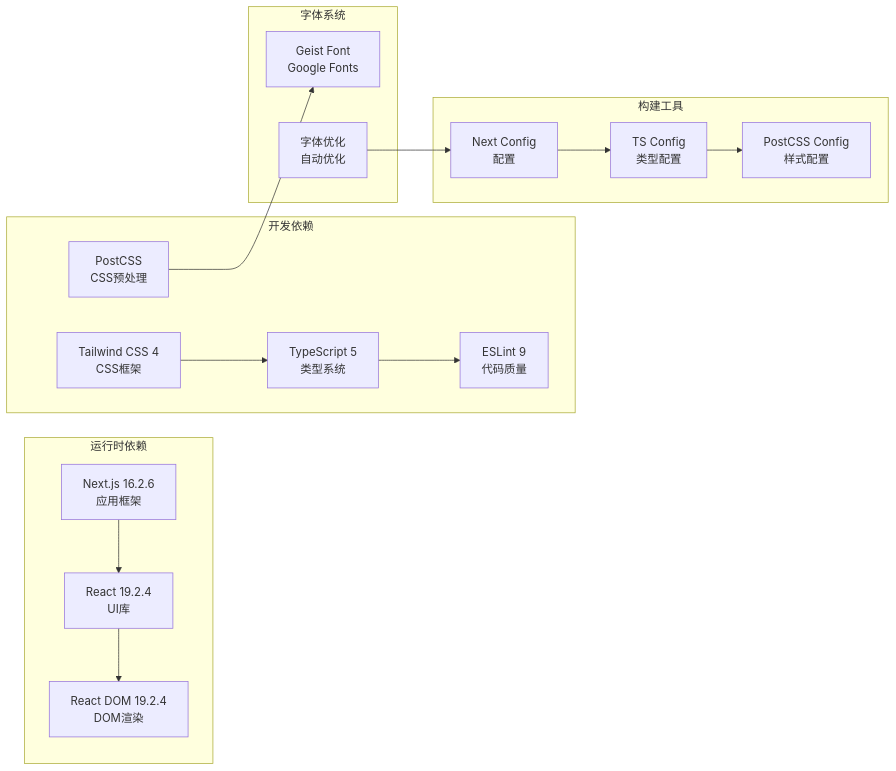
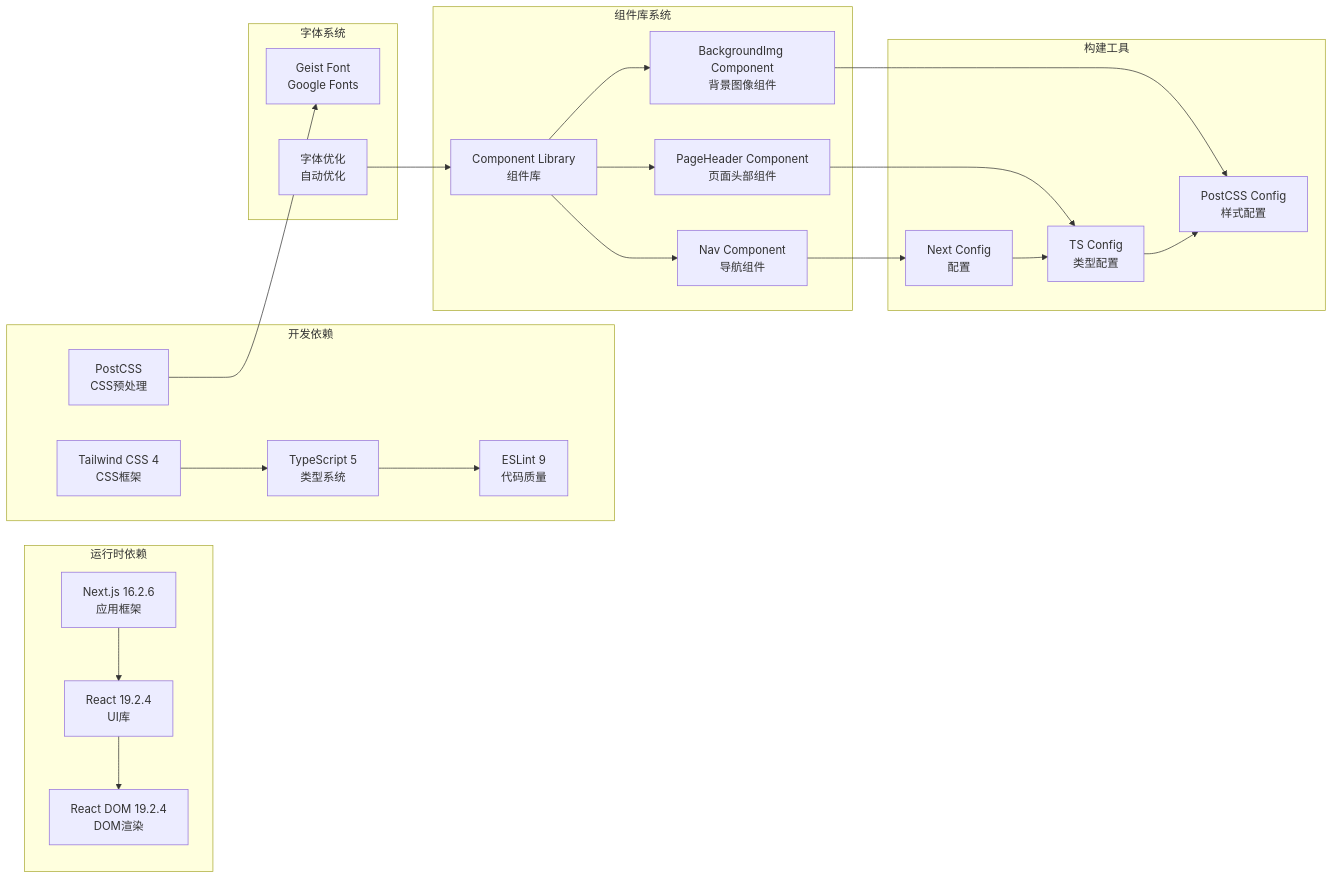
Before and after one commit to caoLei1997/Blog: the fifth of 6 diagrams in .qoder/repowiki/zh/content/项目架构/核心组件详解/核心组件详解.md, drawn with Mermaid. The commit also changed other lines of this file and 27 other files, not shown here.

````diff
--- a/.qoder/repowiki/zh/content/项目架构/核心组件详解/核心组件详解.md
+++ b/.qoder/repowiki/zh/content/项目架构/核心组件详解/核心组件详解.md
@@ -278,31 +383,43 @@
 ```mermaid
 graph LR
 subgraph "运行时依赖"
 A[Next.js 16.2.6<br/>应用框架]
 B[React 19.2.4<br/>UI库]
 C[React DOM 19.2.4<br/>DOM渲染]
 end
 subgraph "开发依赖"
 D[Tailwind CSS 4<br/>CSS框架]
 E[TypeScript 5<br/>类型系统]
 F[ESLint 9<br/>代码质量]
 G[PostCSS<br/>CSS预处理]
 end
 subgraph "字体系统"
 H[Geist Font<br/>Google Fonts]
 I[字体优化<br/>自动优化]
 end
+subgraph "组件库系统"
+J[Component Library<br/>组件库]
+K[Nav Component<br/>导航组件]
+L[PageHeader Component<br/>页面头部组件]
+M[BackgroundImg Component<br/>背景图像组件]
+end
 subgraph "构建工具"
-J[Next Config<br/>配置]
-K[TS Config<br/>类型配置]
-L[PostCSS Config<br/>样式配置]
+N[Next Config<br/>配置]
+O[TS Config<br/>类型配置]
+P[PostCSS Config<br/>样式配置]
 end
 A --> B
 B --> C
 D --> E
 E --> F
 G --> H
 I --> J
 J --> K
-K --> L
+J --> L
+J --> M
+K --> N
+L --> O
+M --> P
+N --> O
+O --> P
 ```
````
